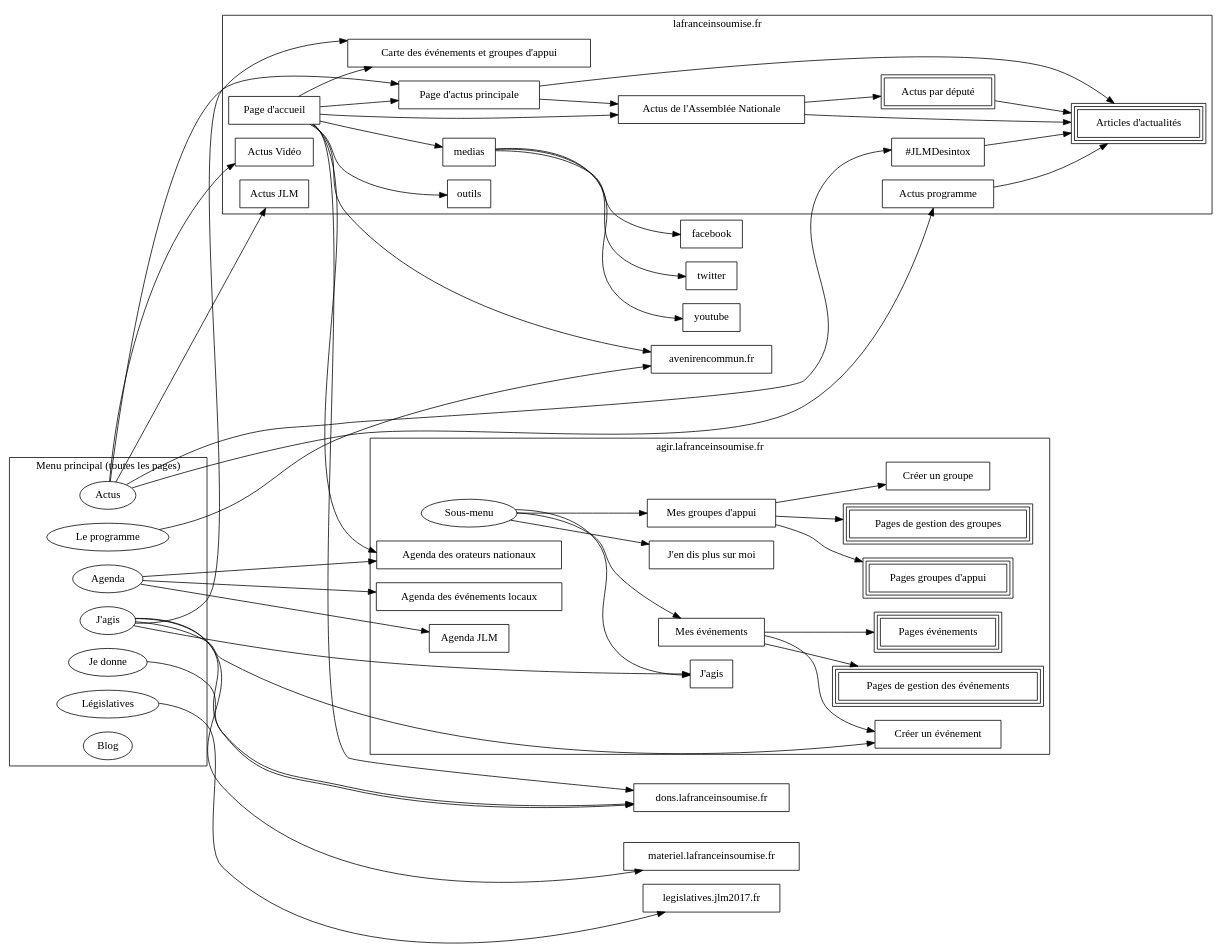
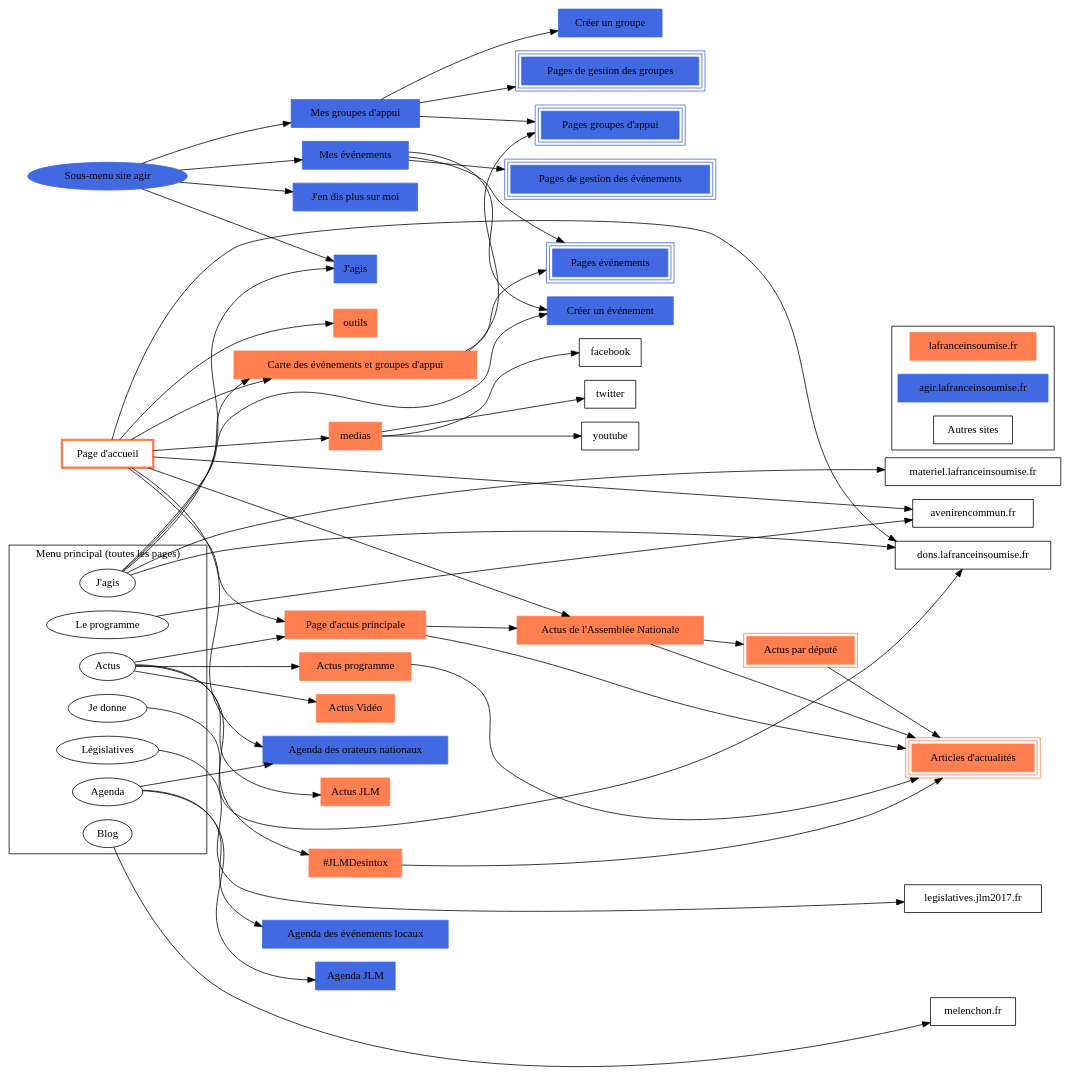
The diagram in plan_du_site.dot (lafranceinsoumise/volunteers), drawn with Graphviz before and after one commit. The commit also changed 1 other file, not shown here.

Commit message:
Améliorer le plan du site

```diff
--- a/plan_du_site.dot
+++ b/plan_du_site.dot
@@ -1,76 +1,88 @@
 digraph plan {
     rankdir = LR;
+    mindist = 1.5;
     node [shape=box];
 
     subgraph cluster_menu_principal {
         rank=source;
         label = "Menu principal (toutes les pages)";
         node [shape=ellipse];
         menu_actus[label="Actus"];
         menu_programme[label="Le programme"];
         menu_agenda[label="Agenda"];
         menu_agir[label="J'agis"];
         menu_donner[label="Je donne"];
         menu_legislatives[label="Législatives"];
         menu_blog[label="Blog"];
     }
 
-    subgraph cluster_site_principal {
+    subgraph site_principal {
         label = "lafranceinsoumise.fr";
-        accueil [label="Page d'accueil"];
+        node [style=filled,color=coral];
+        accueil [label="Page d'accueil"; penwidth=3.0; style=bold];
         actus [label="Page d'actus principale"];
         actus_jlm [label="Actus JLM"];
         actus_video[label="Actus Vidéo"];
         jlmdesintox [label="#JLMDesintox"];
         actus_AN [label="Actus de l'Assemblée Nationale"];
         pages_deputes [label="Actus par député"; peripheries=2];
         actus_programme [label="Actus programme"];
         actus_articles [label="Articles d'actualités",peripheries=3];
         carte_principale [label="Carte des événements et groupes d'appui"];
 
         accueil -> {carte_principale; outils; actus; medias; actus_AN};
         actus -> actus_AN -> pages_deputes;
         {actus; actus_programme; jlmdesintox; actus_AN; pages_deputes} -> actus_articles;
     }
 
-    subgraph cluster_agir {
+    subgraph site_agir {
         label = "agir.lafranceinsoumise.fr";
-        sous_menu [label="Sous-menu"; shape=ellipse];
+        node [style=filled,color=royalblue];
+        sous_menu [label="Sous-menu site agir"; shape=ellipse];
         agir [label="J'agis"];
         profil [label="J'en dis plus sur moi"];
         agenda_orateurs [label="Agenda des orateurs nationaux"];
         agenda_evenements_locaux [label="Agenda des événements locaux"];
         agenda_melenchon [label="Agenda JLM"];
         mes_groupes [label="Mes groupes d'appui"];
         mes_evenements [label="Mes événements"];
         page_evenement [label="Pages événements", peripheries=3];
         page_gestion_evenement [label="Pages de gestion des événements",peripheries=3];
         creer_evenement [label="Créer un événement"];
         page_groupe [label="Pages groupes d'appui", peripheries=3];
         page_gestion_groupe  [label="Pages de gestion des groupes",peripheries=3];
         creer_groupe [label="Créer un groupe"];
 
         sous_menu -> { agir; profil; mes_groupes; mes_evenements }
         mes_groupes -> {page_groupe; page_gestion_groupe; creer_groupe}
         mes_evenements -> {page_evenement; page_gestion_evenement; creer_evenement}
     }
 
     subgraph autres_sites {
         rank = max;
         label = "Autres sites";
         avenirencommun [label="avenirencommun.fr"];
         dons [label="dons.lafranceinsoumise.fr"];
         materiel [label="materiel.lafranceinsoumise.fr"];
         legislatives [label="legislatives.jlm2017.fr"];
+        blog_melenchon [label="melenchon.fr"];
+    }
+
+    subgraph cluster_legend {
+        site_principal_legend [label="lafranceinsoumise.fr"; style=filled; color=coral];
+        site_agir_legend [label="agir.lafranceinsoumise.fr"; style=filled; color=royalblue];
+        autres_sites_legend [label="Autres sites"];
     }
 
 
     accueil -> { avenirencommun; dons; agenda_orateurs }
     menu_actus -> { actus; jlmdesintox; actus_jlm ; actus_video; actus_programme }
     menu_programme -> avenirencommun;
     menu_agenda -> {agenda_melenchon; agenda_orateurs; agenda_evenements_locaux}
     menu_agir -> {agir; materiel; carte_principale; creer_evenement; dons}
     menu_donner -> dons;
     menu_legislatives -> legislatives;
     medias -> {facebook; twitter; youtube}
+    carte_principale -> {page_evenement; page_groupe}
+    menu_blog -> blog_melenchon
 }
```
